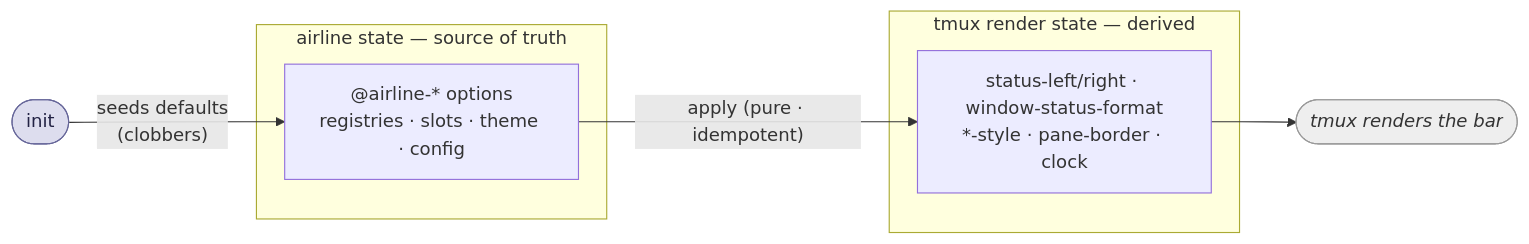
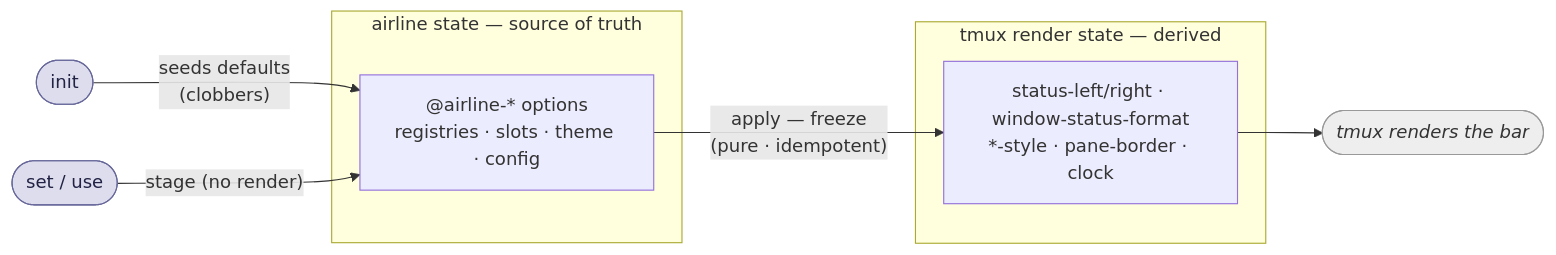
Before and after one commit to andrewjstryker/tmux-airline: the third of 3 diagrams in DESIGN.md, drawn with Mermaid. The commit also changed other lines of this file, not shown here.

First line of the commit message:
DESIGN: stage/freeze model — set stages, per-noun apply freezes

````diff
--- a/DESIGN.md
+++ b/DESIGN.md
@@ -119,15 +120,16 @@
 ```mermaid
 graph LR
     INIT(["init"]):::verb -- "seeds defaults<br/>(clobbers)" --> S
+    SET(["set / use"]):::verb -- "stage (no render)" --> S
     subgraph IN["airline state — source of truth"]
         S["@airline-* options<br/>registries · slots · theme · config"]
     end
-    S -- "apply (pure · idempotent)" --> T
+    S -- "apply — freeze<br/>(pure · idempotent)" --> T
     subgraph OUT["tmux render state — derived"]
         T["status-left/right · window-status-format<br/>*-style · pane-border · clock"]
     end
     T --> R([tmux renders the bar]):::ext
 
     classDef ext fill:#eee,stroke:#999,color:#333,font-style:italic;
     classDef verb fill:#dde,stroke:#669,color:#224;
 ```
````
